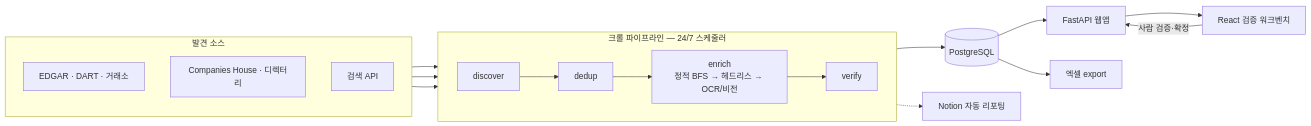
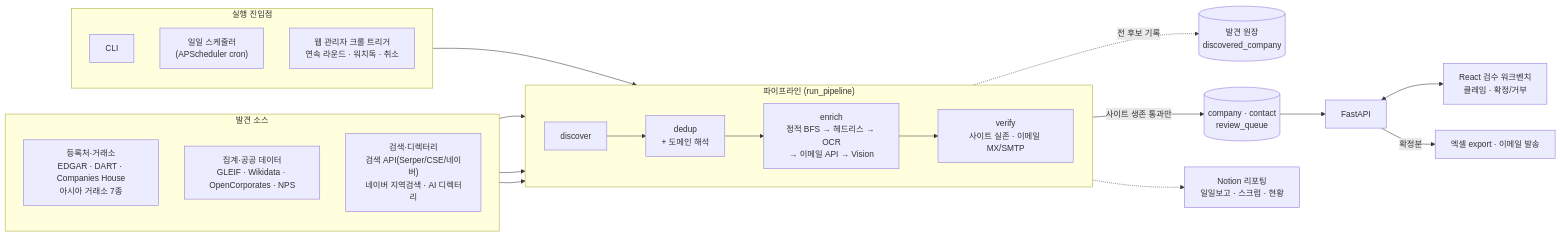
One commit to wjdtjddns98/lead-crawler changed the diagram in README.md. Above: the diagram before and after it, drawn with Mermaid. The commit also changed other lines of this file, not shown here.

Commit message:
docs: README 아키텍처를 코드 실제 구조로 교정 (Codex 전수 분석 반영)
- 발견 소스 3그룹 전체 반영(등록처·거래소 / 집계·공공 / 검색·디렉터리)
- 연속 크롤=웹 크롤 잡, scheduler=일일 cron 으로 분리 표기
- enrich 체인에 이메일 API 단계 추가, 발견 원장/검수 큐 분기 표기
- storage·pipeline 등 디렉터리 설명 실역할로 교정

````diff
--- a/README.md
+++ b/README.md
@@ -50,22 +49,30 @@
 ```mermaid
 flowchart LR
+    subgraph ENTRY["실행 진입점"]
+        direction TB
+        E1["CLI"]
+        E2["일일 스케줄러<br/>(APScheduler cron)"]
+        E3["웹 관리자 크롤 트리거<br/>연속 라운드 · 워치독 · 취소"]
+    end
+
     subgraph SRC["발견 소스"]
         direction TB
-        S1["EDGAR · DART · 거래소"]
-        S2["Companies House · 디렉터리"]
-        S3["검색 API"]
+        S1["등록처·거래소<br/>EDGAR · DART · Companies House<br/>아시아 거래소 7종"]
+        S2["집계·공공 데이터<br/>GLEIF · Wikidata · OpenCorporates · NPS"]
+        S3["검색·디렉터리<br/>검색 API(Serper/CSE/네이버)<br/>네이버 지역검색 · AI 디렉터리"]
     end
 
-    subgraph PIPE["크롤 파이프라인 — 24/7 스케줄러"]
+    subgraph PIPE["파이프라인 (run_pipeline)"]
         direction LR
-        P1["discover"] --> P2["dedup"] --> P3["enrich<br/>정적 BFS → 헤드리스 → OCR/비전"] --> P4["verify"]
+        P1["discover"] --> P2["dedup<br/>+ 도메인 해석"] --> P3["enrich<br/>정적 BFS → 헤드리스 → OCR<br/>→ 이메일 API → Vision"] --> P4["verify<br/>사이트 실존 · 이메일 MX/SMTP"]
     end
 
+    ENTRY --> PIPE
     S1 & S2 & S3 --> P1
-    P4 --> DB[("PostgreSQL")]
-    DB --> API["FastAPI 웹앱"]
-    API --> FE["React 검증 워크벤치"]
-    FE -- "사람 검증·확정" --> API
-    DB --> XLSX["엑셀 export"]
-    PIPE -.-> NT["Notion 자동 리포팅"]
+    P2 -. "전 후보 기록" .-> LG[("발견 원장<br/>discovered_company")]
+    P4 -- "사이트 생존 통과만" --> DB[("company · contact<br/>review_queue")]
+    DB --> API["FastAPI"]
+    API <--> FE["React 검수 워크벤치<br/>클레임 · 확정/거부"]
+    API -- "확정분" --> OUT["엑셀 export · 이메일 발송"]
+    PIPE -.-> NT["Notion 리포팅<br/>일일보고 · 스크럼 · 현황"]
 ```
````
